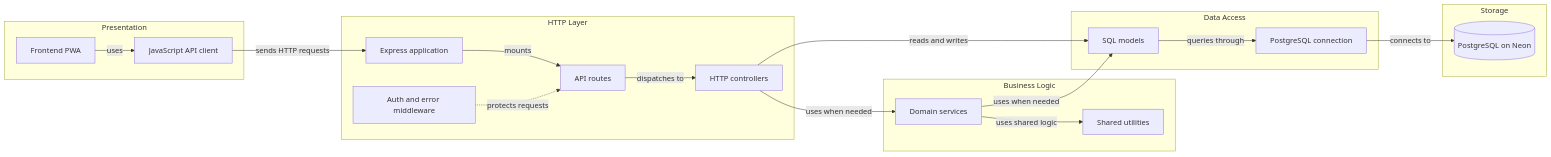
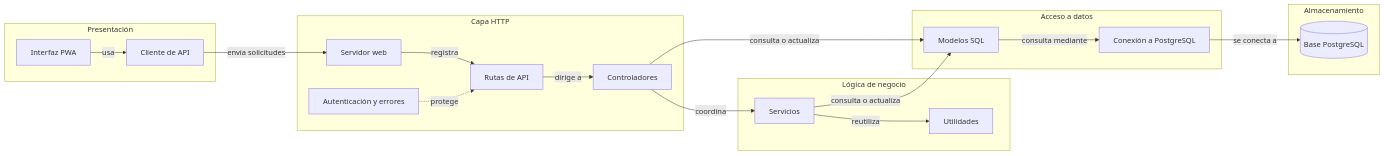
Before and after one commit to GVal24/switchWeb: the second of 2 diagrams in .github/modernize/assessment/engines/facts/architecture-diagram.md, drawn with Mermaid. The commit also changed other lines of this file and 2 other files, not shown here.

````diff
--- a/.github/modernize/assessment/engines/facts/architecture-diagram.md
+++ b/.github/modernize/assessment/engines/facts/architecture-diagram.md
@@ -56,36 +33,36 @@
 ```mermaid
 flowchart LR
-    subgraph PresentationLayer["Presentation"]
-        cPwa["Frontend PWA"]
-        cApiClient["JavaScript API client"]
+    subgraph PresentationLayer["Presentación"]
+        cPwa["Interfaz PWA"]
+        cApiClient["Cliente de API"]
     end
-    subgraph HttpLayer["HTTP Layer"]
-        cServer["Express application"]
-        cRoutes["API routes"]
-        cMiddleware["Auth and error middleware"]
-        cControllers["HTTP controllers"]
+    subgraph HttpLayer["Capa HTTP"]
+        cServer["Servidor web"]
+        cRoutes["Rutas de API"]
+        cMiddleware["Autenticación y errores"]
+        cControllers["Controladores"]
     end
-    subgraph BusinessLayer["Business Logic"]
-        cServices["Domain services"]
-        cUtils["Shared utilities"]
+    subgraph BusinessLayer["Lógica de negocio"]
+        cServices["Servicios"]
+        cUtils["Utilidades"]
     end
-    subgraph DataAccessLayer["Data Access"]
-        cModels["SQL models"]
-        cDbConfig["PostgreSQL connection"]
+    subgraph DataAccessLayer["Acceso a datos"]
+        cModels["Modelos SQL"]
+        cDbConfig["Conexión a PostgreSQL"]
     end
-    subgraph StorageLayer["Storage"]
-        cNeonDb[("PostgreSQL on Neon")]
+    subgraph StorageLayer["Almacenamiento"]
+        cNeonDb[("Base PostgreSQL")]
     end
 
-    cPwa -->|"uses"| cApiClient
-    cApiClient -->|"sends HTTP requests"| cServer
-    cServer -->|"mounts"| cRoutes
-    cMiddleware -.->|"protects requests"| cRoutes
-    cRoutes -->|"dispatches to"| cControllers
-    cControllers -->|"uses when needed"| cServices
-    cControllers -->|"reads and writes"| cModels
-    cServices -->|"uses shared logic"| cUtils
-    cServices -->|"uses when needed"| cModels
-    cModels -->|"queries through"| cDbConfig
-    cDbConfig -->|"connects to"| cNeonDb
+    cPwa -->|"usa"| cApiClient
+    cApiClient -->|"envía solicitudes"| cServer
+    cServer -->|"registra"| cRoutes
+    cMiddleware -.->|"protege"| cRoutes
+    cRoutes -->|"dirige a"| cControllers
+    cControllers -->|"coordina"| cServices
+    cControllers -->|"consulta o actualiza"| cModels
+    cServices -->|"reutiliza"| cUtils
+    cServices -->|"consulta o actualiza"| cModels
+    cModels -->|"consulta mediante"| cDbConfig
+    cDbConfig -->|"se conecta a"| cNeonDb
 ```
````
